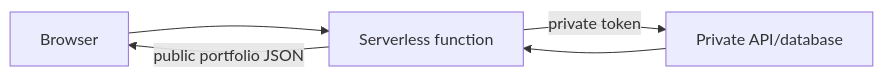
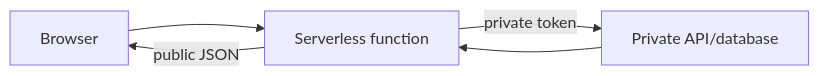
The fifth of 9 diagrams in docs/CONTENT_PROVIDERS.md (SidheshwarSarangal/portfoionew), drawn with Mermaid before and after one commit. The commit also changed other lines of this file and 8 other files, not shown here.

````diff
--- a/docs/CONTENT_PROVIDERS.md
+++ b/docs/CONTENT_PROVIDERS.md
@@ -130,6 +85,7 @@
 ```mermaid
 flowchart LR
   Browser --> Proxy[Serverless function]
   Proxy -->|private token| API[Private API/database]
-  API --> Proxy -->|public portfolio JSON| Browser
+  API --> Proxy
+  Proxy -->|public JSON| Browser
 ```
````
